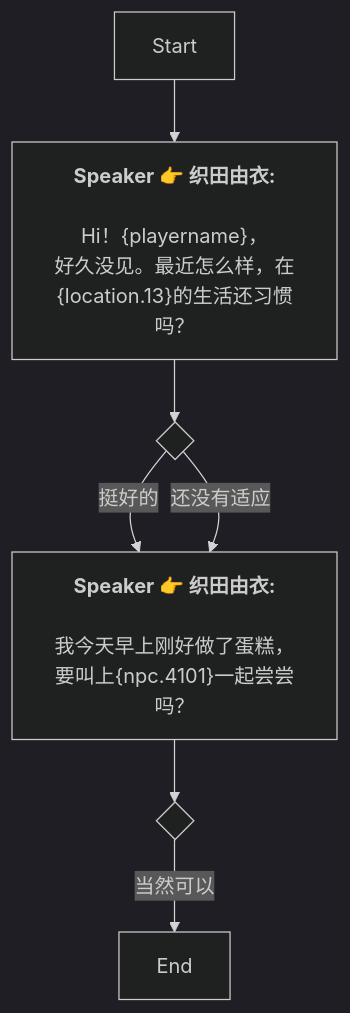
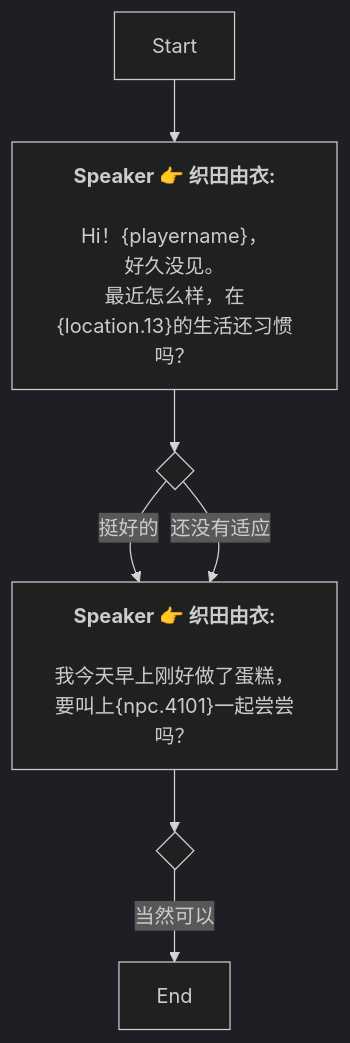
One commit to SoftHu/tos_avg changed the diagram in Zh/QuestStartTalkENode_1754297752607235.md. Above: the diagram before and after it, drawn with Mermaid (dark theme). The commit also changed 199 other files, not shown here.

````diff
--- a/Zh/QuestStartTalkENode_1754297752607235.md
+++ b/Zh/QuestStartTalkENode_1754297752607235.md
@@ -1,19 +1,20 @@
 ```mermaid
 graph
 Start -->1754297898306054[<b>Speaker 👉 织田由衣:</b>
 
 Hi！&lbrace;playername&rbrace;，
-好久没见。最近怎么样，在&lbrace;location.13&rbrace;的生活还习惯吗？]
+好久没见。
+最近怎么样，在&lbrace;location.13&rbrace;的生活还习惯吗？]
 1754297898306054 -->1754297922810375{ }
 1754297922810375 -->|挺好的|1754298284307980[<b>Speaker 👉 织田由衣:</b>
 
 我今天早上刚好做了蛋糕，
 要叫上&lbrace;npc.4101&rbrace;一起尝尝吗？]
 1754297922810375 -->|还没有适应|1754298284307980[<b>Speaker 👉 织田由衣:</b>
 
 我今天早上刚好做了蛋糕，
 要叫上&lbrace;npc.4101&rbrace;一起尝尝吗？]
 1754298284307980 -->1754298305566221{ }
 1754298305566221 -->|当然可以|1754298319793680[End]
 
  ```
````
